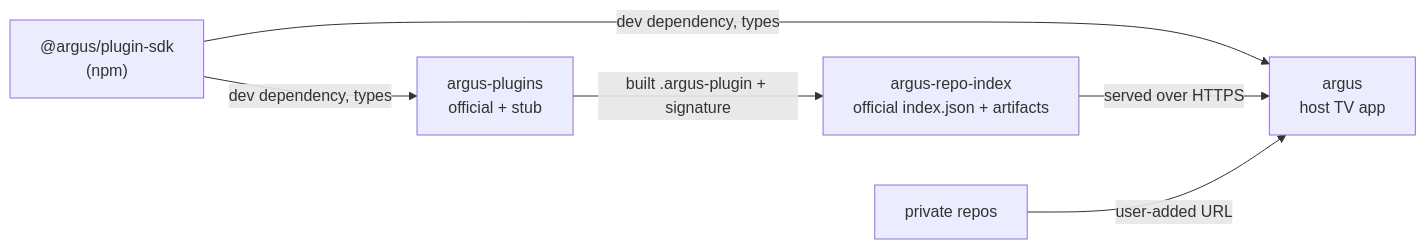
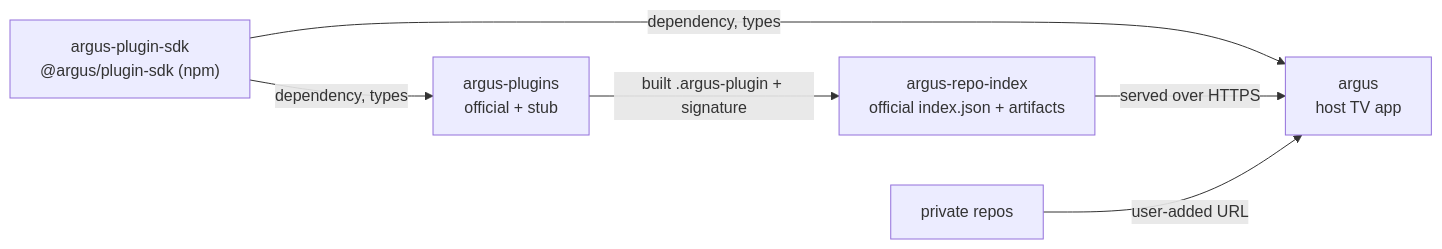
Before and after one commit to antoine-lombardo/argus: the tenth of 10 diagrams in docs/ARCHITECTURE.md, drawn with Mermaid. The commit also changed other lines of this file and 8 other files, not shown here.

````diff
--- a/docs/ARCHITECTURE.md
+++ b/docs/ARCHITECTURE.md
@@ -491,13 +493,14 @@
 ```mermaid
 flowchart LR
-  SDK["@argus/plugin-sdk<br/>(npm)"]
+  SDK["argus-plugin-sdk<br/>@argus/plugin-sdk (npm)"]
   Host[argus<br/>host TV app]
   Plugins[argus-plugins<br/>official + stub]
   Index[argus-repo-index<br/>official index.json + artifacts]
+  Private[private repos]
 
-  SDK -->|dev dependency, types| Host
-  SDK -->|dev dependency, types| Plugins
+  SDK -->|dependency, types| Host
+  SDK -->|dependency, types| Plugins
   Plugins -->|built .argus-plugin + signature| Index
   Index -->|served over HTTPS| Host
-  PrivateRepos[private repos] -->|user-added URL| Host
+  Private -->|user-added URL| Host
 ```
````
